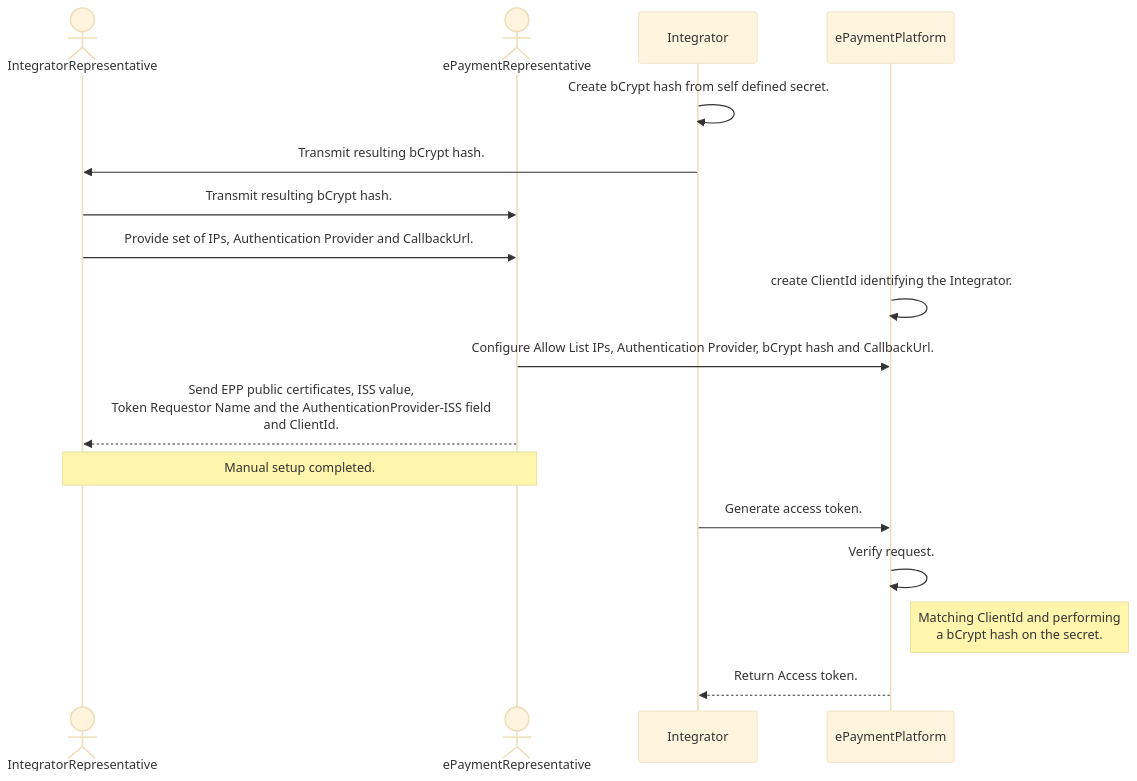
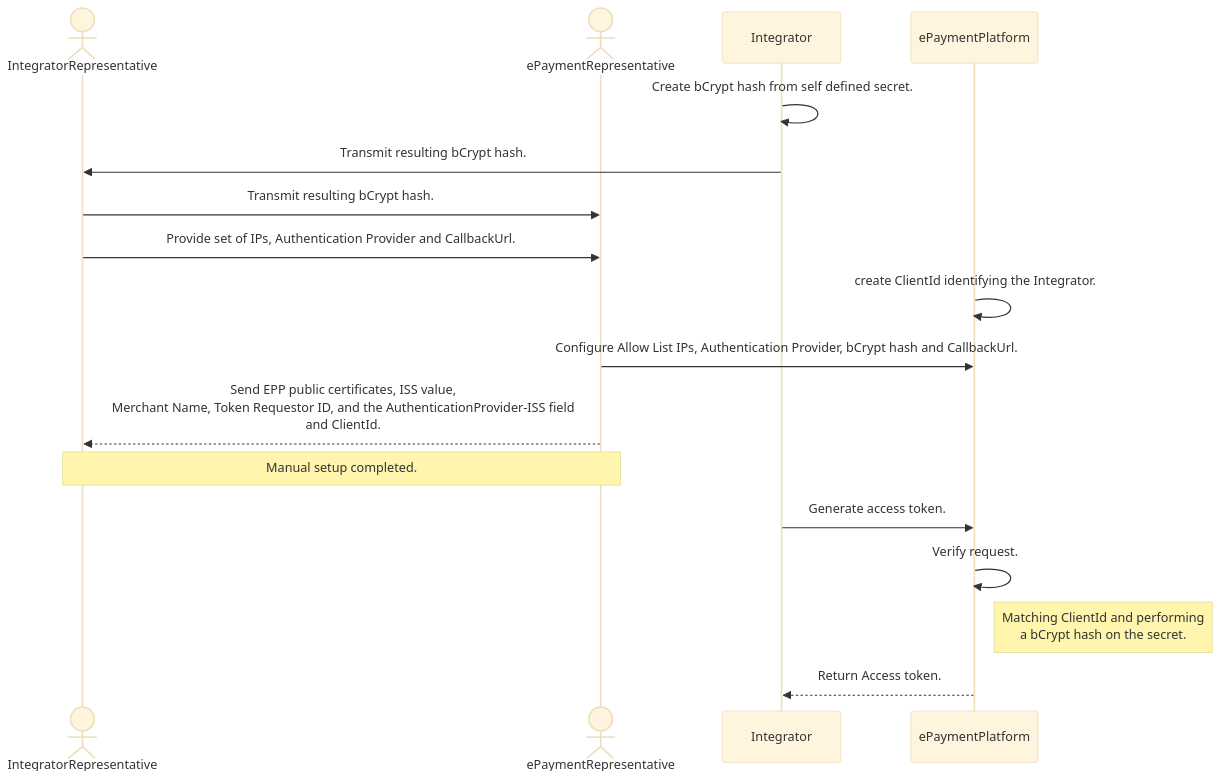
One commit to BankAxept/bankaxept-epayment-development-kit changed the diagram in docs/getting_started.md. Above: the diagram before and after it, drawn with Mermaid (base theme). The commit also changed other lines of this file and 2 other files, not shown here.

First line of the commit message:
feat(openapi): add enrolment digest schemas

````diff
--- a/docs/getting_started.md
+++ b/docs/getting_started.md
@@ -67,19 +67,19 @@
 ```mermaid
 sequenceDiagram
     actor IntegratorRepresentative
     actor ePaymentRepresentative
     participant Integrator
     participant ePaymentPlatform
     Integrator ->> Integrator: Create bCrypt hash from self defined secret.
     Integrator ->> IntegratorRepresentative: Transmit resulting bCrypt hash.
     IntegratorRepresentative ->> ePaymentRepresentative: Transmit resulting bCrypt hash.
     IntegratorRepresentative ->> ePaymentRepresentative: Provide set of IPs, Authentication Provider and CallbackUrl.
     ePaymentPlatform ->> ePaymentPlatform: create ClientId identifying the Integrator.
     ePaymentRepresentative ->> ePaymentPlatform: Configure Allow List IPs, Authentication Provider, bCrypt hash and CallbackUrl.
-    ePaymentRepresentative -->> IntegratorRepresentative: Send EPP public certificates, ISS value, <br/> Token Requestor Name and the AuthenticationProvider-ISS field <br/> and ClientId.
+    ePaymentRepresentative -->> IntegratorRepresentative: Send EPP public certificates, ISS value, <br/> Merchant Name, Token Requestor ID, and the AuthenticationProvider-ISS field <br/> and ClientId.
     Note over IntegratorRepresentative, ePaymentRepresentative: Manual setup completed.
     Integrator ->> ePaymentPlatform: Generate access token.
     ePaymentPlatform ->> ePaymentPlatform: Verify request.
     Note right of ePaymentPlatform: Matching ClientId and performing <br/> a bCrypt hash on the secret.
     ePaymentPlatform -->> Integrator: Return Access token.
 ```
````
